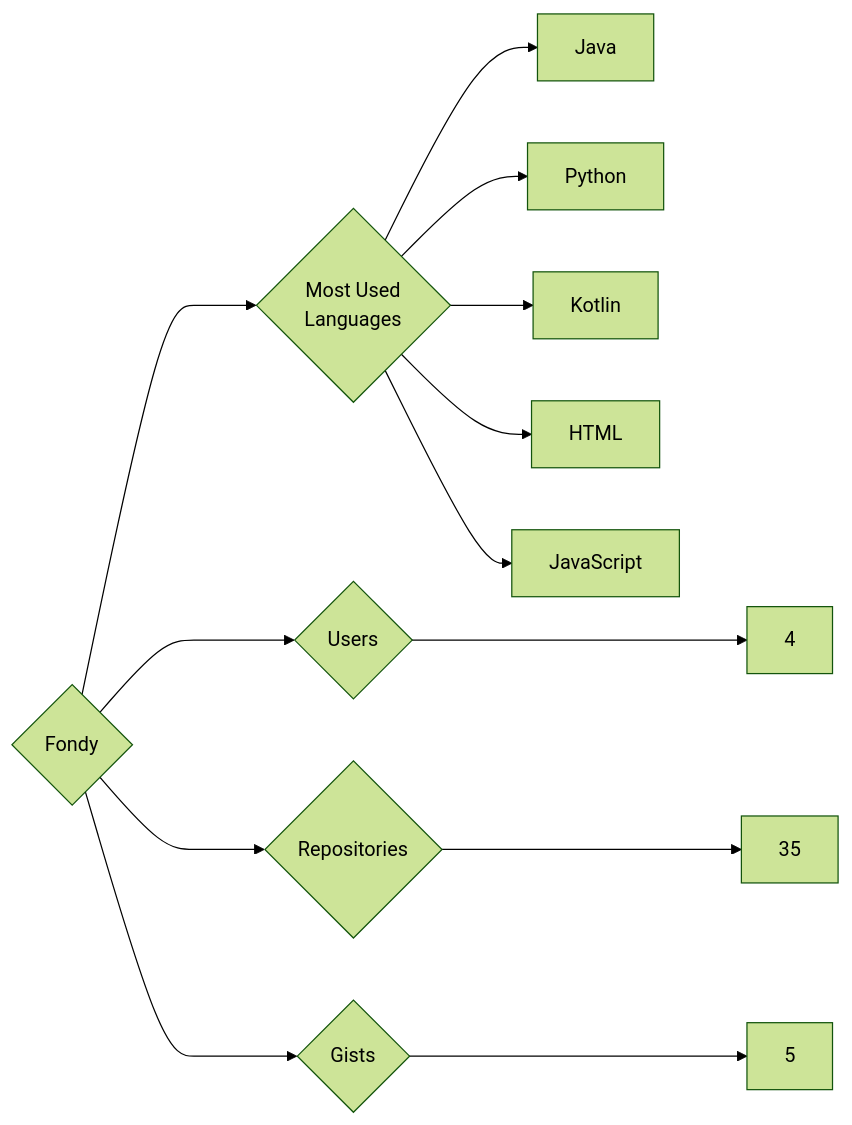
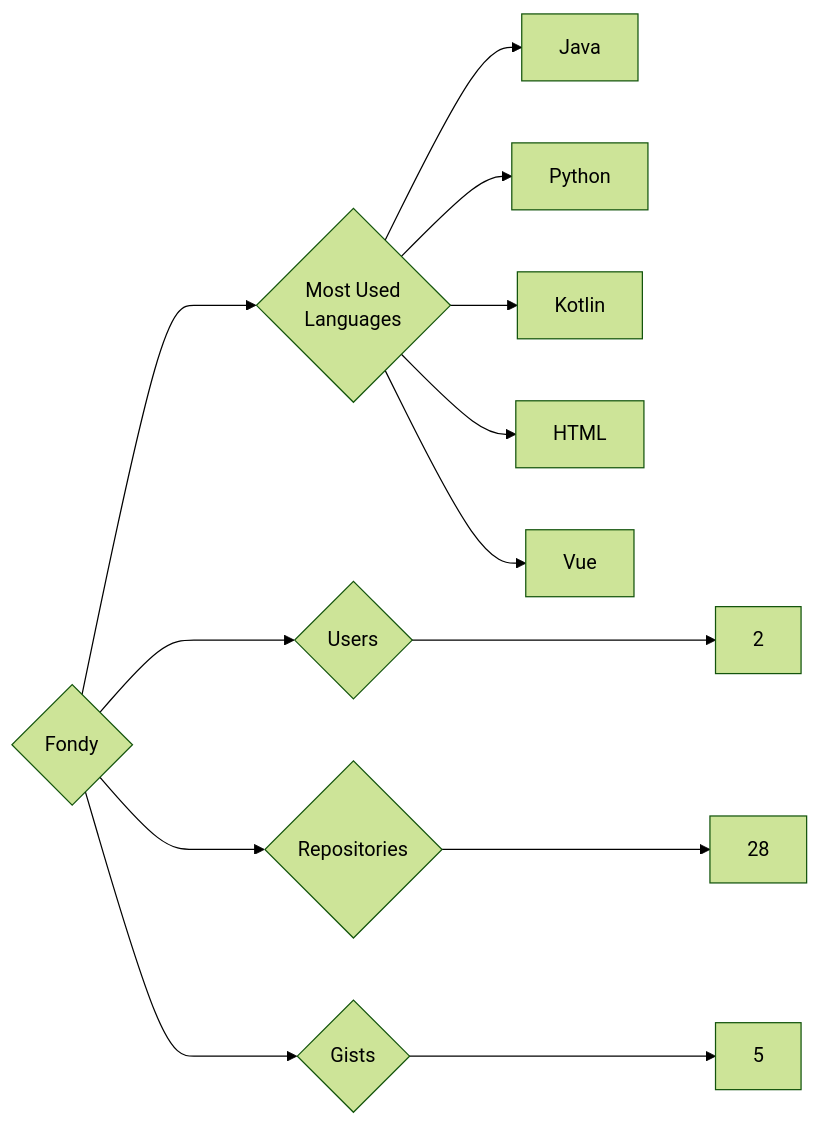
The diagram in targets/Fondy/README.md (trickest/insiders), drawn with Mermaid (forest theme) before and after one commit. The commit also changed 944 other files, not shown here.

````diff
--- a/targets/Fondy/README.md
+++ b/targets/Fondy/README.md
@@ -3,13 +3,13 @@
 ```mermaid
 graph LR
 COMPANY_NAME{Fondy}
-COMPANY_NAME ---> U{Users} ---> UN[4]
-COMPANY_NAME ---> R{Repositories} ---> RN[35]
+COMPANY_NAME ---> U{Users} ---> UN[2]
+COMPANY_NAME ---> R{Repositories} ---> RN[28]
 COMPANY_NAME ---> G{Gists} ---> GN[5]
 COMPANY_NAME ---> ML{Most Used<br>Languages}
 ML --> Java[Java]
 ML --> Python[Python]
 ML --> Kotlin[Kotlin]
 ML --> HTML[HTML]
-ML --> JavaScript[JavaScript]
+ML --> Vue[Vue]
 ```
````
